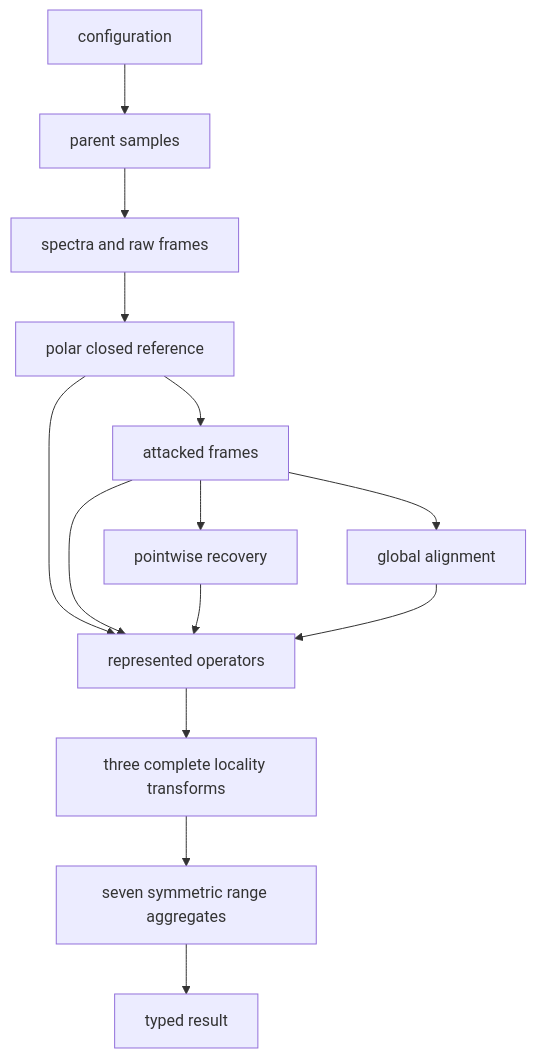
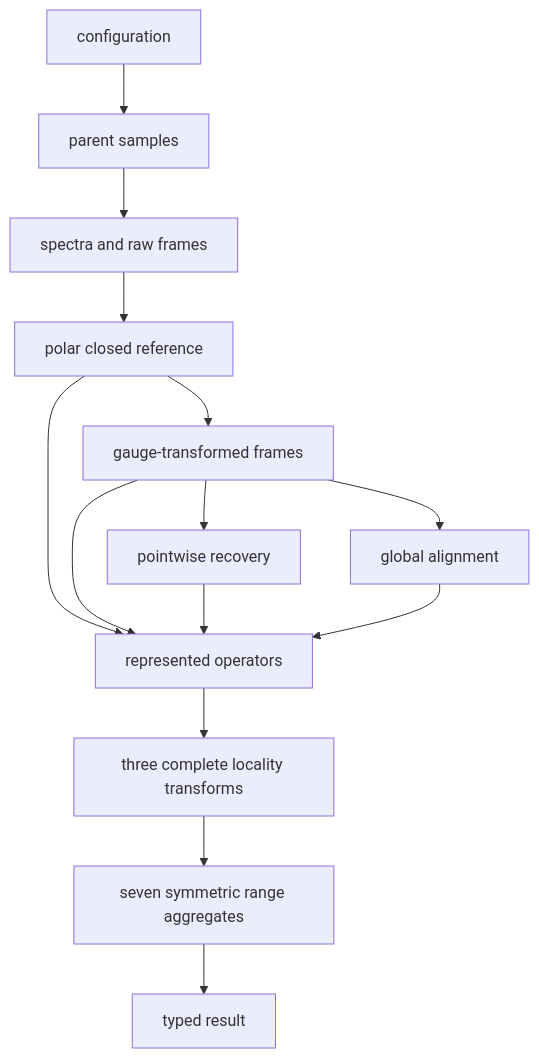
One commit to eragasa/ksdft2effmass changed the diagram in docs/architecture/v3/ksdft2effmass/periodic1d/rank2/band_alignment/composite/analysis/schematics.md. Above: the diagram before and after it, drawn with Mermaid. The commit also changed 83 other files, not shown here.

````diff
--- a/docs/architecture/v3/ksdft2effmass/periodic1d/rank2/band_alignment/composite/analysis/schematics.md
+++ b/docs/architecture/v3/ksdft2effmass/periodic1d/rank2/band_alignment/composite/analysis/schematics.md
@@ -3,16 +3,16 @@
 ```mermaid
 flowchart TD
     C[configuration] --> H[parent samples]
     H --> S[spectra and raw frames]
     S --> F[polar closed reference]
-    F --> A[attacked frames]
+    F --> A[gauge-transformed frames]
     A --> P[pointwise recovery]
     A --> G[global alignment]
     F --> O[represented operators]
     A --> O
     P --> O
     G --> O
     O --> T[three complete locality transforms]
     T --> R[seven symmetric range aggregates]
     R --> Q[typed result]
 ```
````
